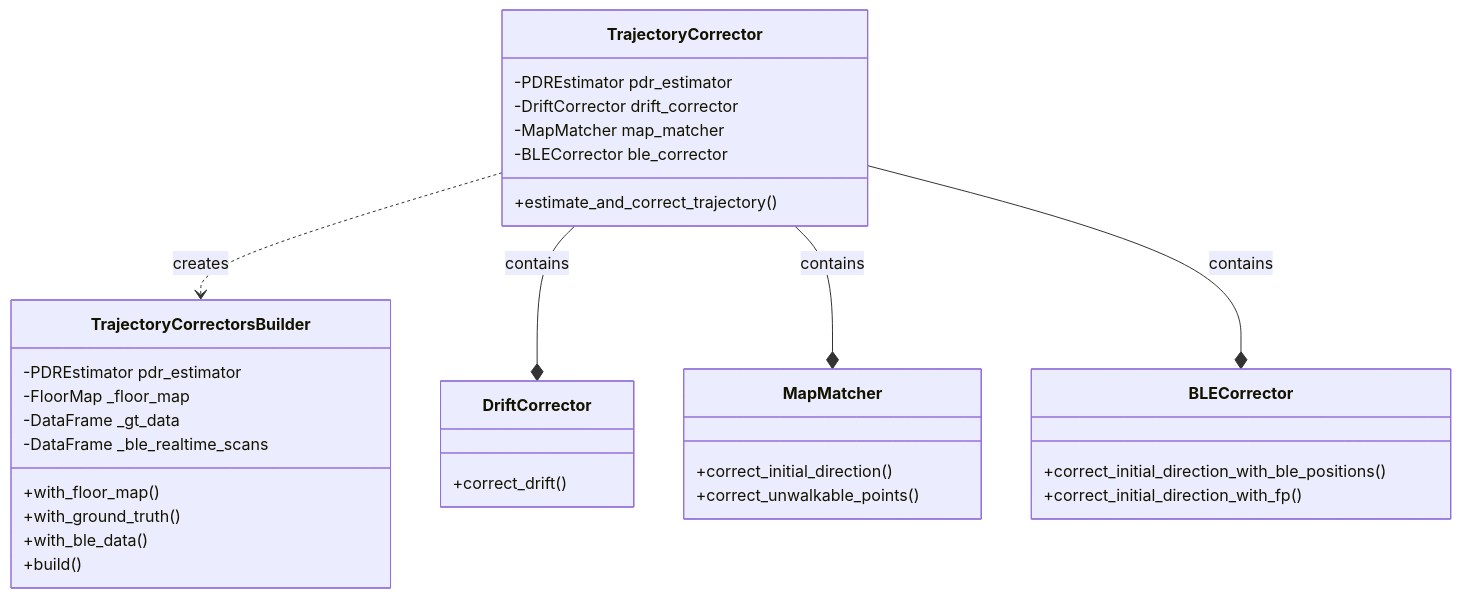
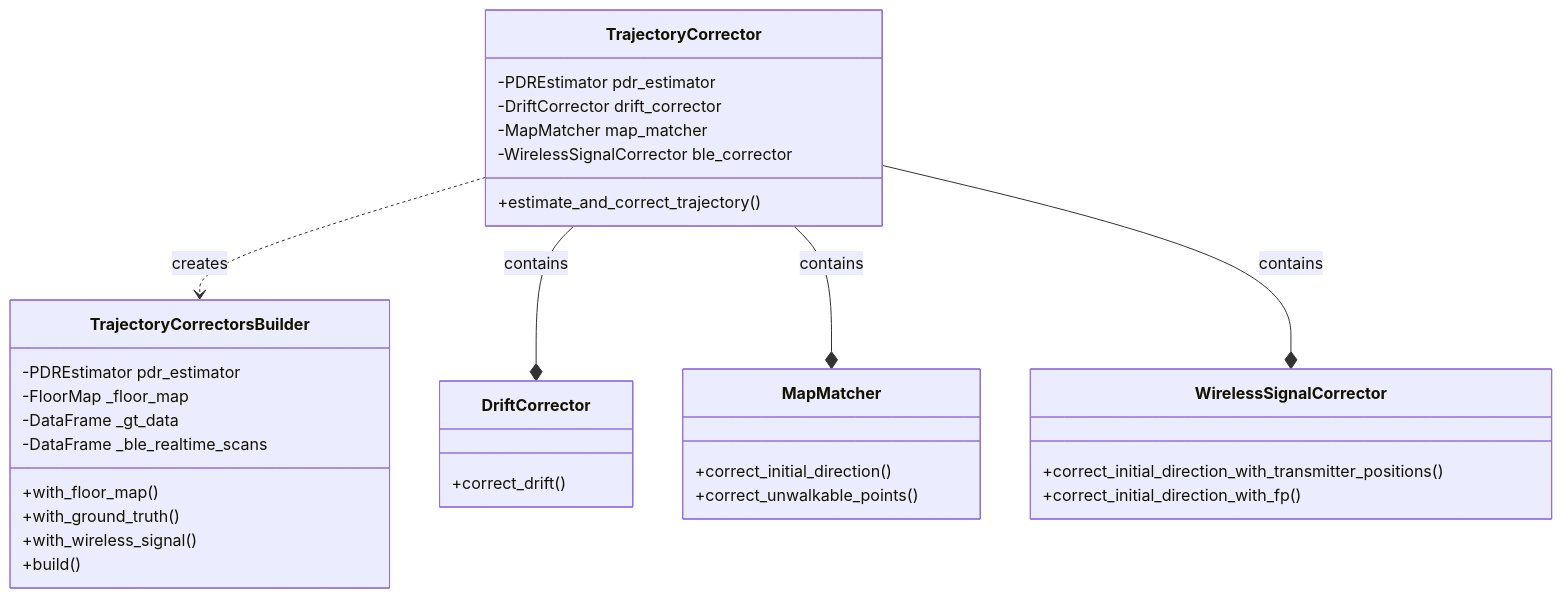
One commit to kajiLabTeam/palkia changed the diagram in docs/trajectory_corrector.md. Above: the diagram before and after it, drawn with Mermaid. The commit also changed 8 other files, not shown here.

````diff
--- a/docs/trajectory_corrector.md
+++ b/docs/trajectory_corrector.md
@@ -2,41 +2,41 @@
 ```mermaid
 classDiagram
     class TrajectoryCorrector {
         -PDREstimator pdr_estimator
         -DriftCorrector drift_corrector
         -MapMatcher map_matcher
-        -BLECorrector ble_corrector
+        -WirelessSignalCorrector ble_corrector
         +estimate_and_correct_trajectory()
     }
 
     class TrajectoryCorrectorsBuilder {
         -PDREstimator pdr_estimator
         -FloorMap _floor_map
         -DataFrame _gt_data
         -DataFrame _ble_realtime_scans
         +with_floor_map()
         +with_ground_truth()
-        +with_ble_data()
+        +with_wireless_signal()
         +build()
     }
 
     class DriftCorrector {
         +correct_drift()
     }
 
     class MapMatcher {
         +correct_initial_direction()
         +correct_unwalkable_points()
     }
 
-    class BLECorrector {
-        +correct_initial_direction_with_ble_positions()
+    class WirelessSignalCorrector {
+        +correct_initial_direction_with_transmitter_positions()
         +correct_initial_direction_with_fp()
     }
 
     TrajectoryCorrector ..> TrajectoryCorrectorsBuilder : creates
     TrajectoryCorrector --* DriftCorrector : contains
     TrajectoryCorrector --* MapMatcher : contains
-    TrajectoryCorrector --* BLECorrector : contains
+    TrajectoryCorrector --* WirelessSignalCorrector : contains
 
 ```
````
